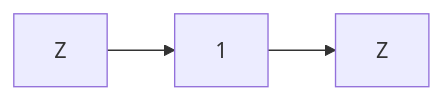
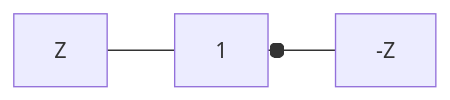
Before and after one commit to martinstanicio/ingenieria-en-sistemas: the diagram in Arquitectura de Computadoras/Compuerta NOT.md, drawn with Mermaid. The commit also changed 9 other files, not shown here.

````diff
--- a/Arquitectura de Computadoras/Compuerta NOT.md
+++ b/Arquitectura de Computadoras/Compuerta NOT.md
@@ -18,8 +18,8 @@
 ```mermaid
-flowchart LR
+flowchart RL
     Z[Z]
     NOT["1"]
-    NOTZ[Z]
+    NOTZ[-Z]
 
-    Z --> NOT --> NOTZ
+    NOTZ --o NOT --- Z
 ```
````
